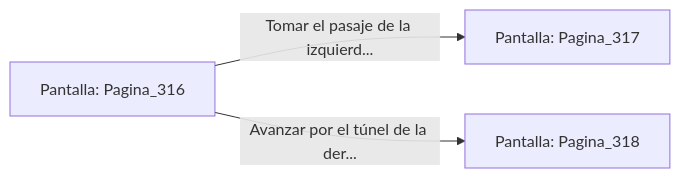
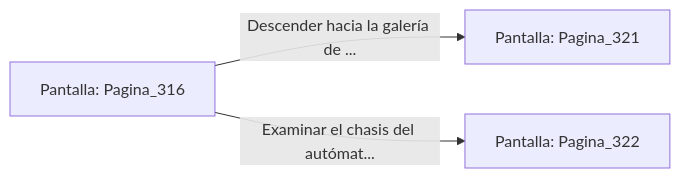
One commit to metsuke/mpl changed the diagram in sample/eligejuego-vault/Pantalla_Pagina_316.md. Above: the diagram before and after it, drawn with Mermaid. The commit also changed other lines of this file and 635 other files, not shown here.

First line of the commit message:
fix: añadir Pagina_1 como pantalla inicial en capitulo_01.mpl

````diff
--- a/sample/eligejuego-vault/Pantalla_Pagina_316.md
+++ b/sample/eligejuego-vault/Pantalla_Pagina_316.md
@@ -20,6 +22,6 @@
 ```mermaid
 graph LR
     P_Pagina_316["Pantalla: Pagina_316"]
-    P_Pagina_316 -->|"Tomar el pasaje de la izquierd..."| P_Pagina_317["Pantalla: Pagina_317"]
-    P_Pagina_316 -->|"Avanzar por el túnel de la der..."| P_Pagina_318["Pantalla: Pagina_318"]
+    P_Pagina_316 -->|"Descender hacia la galería de ..."| P_Pagina_321["Pantalla: Pagina_321"]
+    P_Pagina_316 -->|"Examinar el chasis del autómat..."| P_Pagina_322["Pantalla: Pagina_322"]
 ```
````
